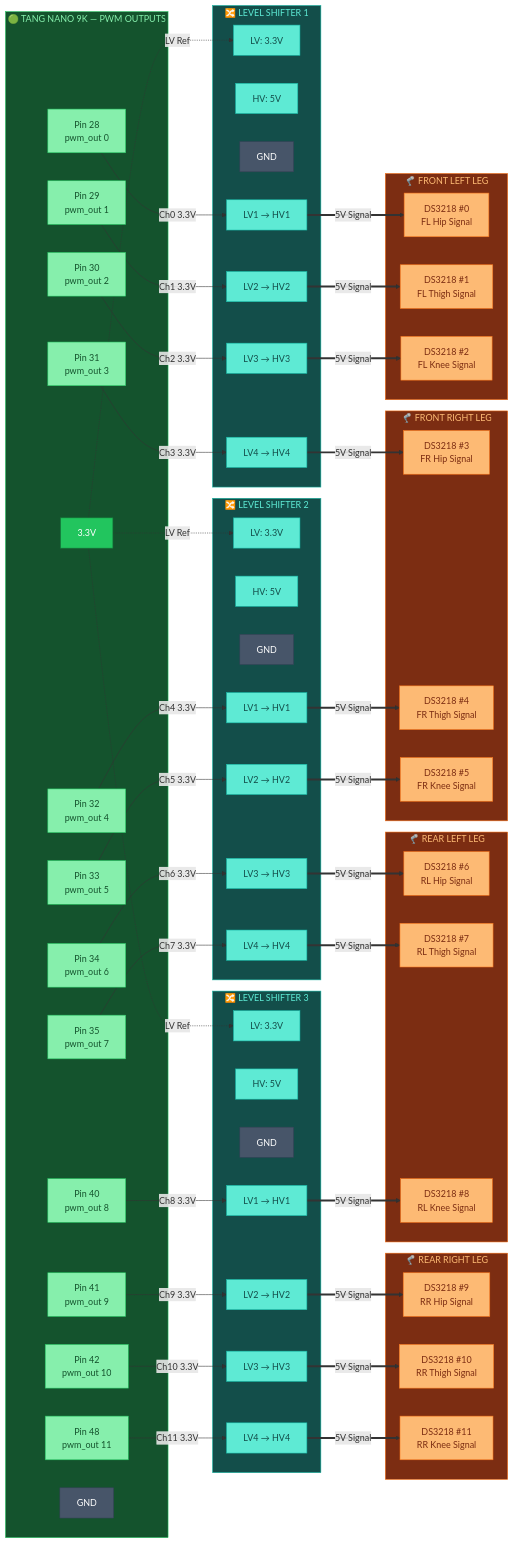
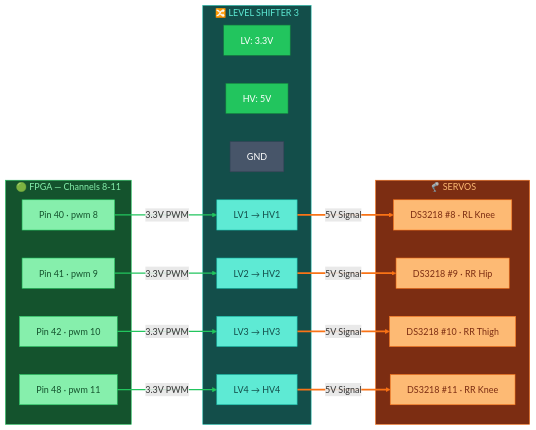
One commit to Major-Project-001/VIGIL-RQ changed the seventh of 11 diagrams in control/docs/wiring_diagram.md. Above: the diagram before and after it, drawn with Mermaid. The commit also changed other lines of this file, not shown here.

Commit message:
docs: Add color-coded linkStyle to all Mermaid connection lines

````diff
--- a/control/docs/wiring_diagram.md
+++ b/control/docs/wiring_diagram.md
@@ -345,132 +398,54 @@
 ```mermaid
 graph LR
-    classDef fpga fill:#22c55e,stroke:#15803d,color:#fff,font-weight:bold
     classDef fpgaPin fill:#86efac,stroke:#22c55e,color:#14532d
-    classDef ls fill:#14b8a6,stroke:#0f766e,color:#fff,font-weight:bold
     classDef lsPin fill:#5eead4,stroke:#14b8a6,color:#134e4a
-    classDef servo fill:#f97316,stroke:#c2410c,color:#fff,font-weight:bold
     classDef servoPin fill:#fdba74,stroke:#f97316,color:#7c2d12
     classDef vcc fill:#22c55e,stroke:#15803d,color:#fff
     classDef gnd fill:#475569,stroke:#334155,color:#fff
 
-    subgraph FPGA_PWM["🟢 TANG NANO 9K — PWM OUTPUTS"]
-        F0["Pin 28<br/>pwm_out 0"]:::fpgaPin
-        F1["Pin 29<br/>pwm_out 1"]:::fpgaPin
-        F2["Pin 30<br/>pwm_out 2"]:::fpgaPin
-        F3["Pin 31<br/>pwm_out 3"]:::fpgaPin
-        F4["Pin 32<br/>pwm_out 4"]:::fpgaPin
-        F5["Pin 33<br/>pwm_out 5"]:::fpgaPin
-        F6["Pin 34<br/>pwm_out 6"]:::fpgaPin
-        F7["Pin 35<br/>pwm_out 7"]:::fpgaPin
-        F8["Pin 40<br/>pwm_out 8"]:::fpgaPin
-        F9["Pin 41<br/>pwm_out 9"]:::fpgaPin
-        F10["Pin 42<br/>pwm_out 10"]:::fpgaPin
-        F11["Pin 48<br/>pwm_out 11"]:::fpgaPin
-        F_3V3["3.3V"]:::vcc
-        F_GND["GND"]:::gnd
+    subgraph FPGA_LS3["🟢 FPGA — Channels 8-11"]
+        F40["Pin 40 · pwm 8"]:::fpgaPin
+        F41["Pin 41 · pwm 9"]:::fpgaPin
+        F42["Pin 42 · pwm 10"]:::fpgaPin
+        F48["Pin 48 · pwm 11"]:::fpgaPin
     end
 
-    subgraph LS1["🔀 LEVEL SHIFTER 1"]
-        LS1_LV["LV: 3.3V"]:::lsPin
-        LS1_HV["HV: 5V"]:::lsPin
-        LS1_GND["GND"]:::gnd
-        LS1_A1["LV1 → HV1"]:::lsPin
-        LS1_A2["LV2 → HV2"]:::lsPin
-        LS1_A3["LV3 → HV3"]:::lsPin
-        LS1_A4["LV4 → HV4"]:::lsPin
+    subgraph LS3_BLK["🔀 LEVEL SHIFTER 3"]
+        L3_LV["LV: 3.3V"]:::vcc
+        L3_HV["HV: 5V"]:::vcc
+        L3_GND["GND"]:::gnd
+        L3_A["LV1 → HV1"]:::lsPin
+        L3_B["LV2 → HV2"]:::lsPin
+        L3_C["LV3 → HV3"]:::lsPin
+        L3_D["LV4 → HV4"]:::lsPin
     end
 
-    subgraph LS2["🔀 LEVEL SHIFTER 2"]
-        LS2_LV["LV: 3.3V"]:::lsPin
-        LS2_HV["HV: 5V"]:::lsPin
-        LS2_GND["GND"]:::gnd
-        LS2_A1["LV1 → HV1"]:::lsPin
-        LS2_A2["LV2 → HV2"]:::lsPin
-        LS2_A3["LV3 → HV3"]:::lsPin
-        LS2_A4["LV4 → HV4"]:::lsPin
+    subgraph SRV_LS3["🦿 SERVOS"]
+        S8["DS3218 #8 · RL Knee"]:::servoPin
+        S9["DS3218 #9 · RR Hip"]:::servoPin
+        S10["DS3218 #10 · RR Thigh"]:::servoPin
+        S11["DS3218 #11 · RR Knee"]:::servoPin
     end
 
-    subgraph LS3["🔀 LEVEL SHIFTER 3"]
-        LS3_LV["LV: 3.3V"]:::lsPin
-        LS3_HV["HV: 5V"]:::lsPin
-        LS3_GND["GND"]:::gnd
-        LS3_A1["LV1 → HV1"]:::lsPin
-        LS3_A2["LV2 → HV2"]:::lsPin
-        LS3_A3["LV3 → HV3"]:::lsPin
-        LS3_A4["LV4 → HV4"]:::lsPin
-    end
+    F40 -->|"3.3V PWM"| L3_A
+    F41 -->|"3.3V PWM"| L3_B
+    F42 -->|"3.3V PWM"| L3_C
+    F48 -->|"3.3V PWM"| L3_D
+    L3_A -->|"5V Signal"| S8
+    L3_B -->|"5V Signal"| S9
+    L3_C -->|"5V Signal"| S10
+    L3_D -->|"5V Signal"| S11
 
-    subgraph FL_LEG["🦿 FRONT LEFT LEG"]
-        FL_H["DS3218 #0<br/>FL Hip  Signal"]:::servoPin
-        FL_T["DS3218 #1<br/>FL Thigh  Signal"]:::servoPin
-        FL_K["DS3218 #2<br/>FL Knee  Signal"]:::servoPin
-    end
+    linkStyle 0 stroke:#22c55e,stroke-width:2px
+    linkStyle 1 stroke:#22c55e,stroke-width:2px
+    linkStyle 2 stroke:#22c55e,stroke-width:2px
+    linkStyle 3 stroke:#22c55e,stroke-width:2px
+    linkStyle 4 stroke:#f97316,stroke-width:3px
+    linkStyle 5 stroke:#f97316,stroke-width:3px
+    linkStyle 6 stroke:#f97316,stroke-width:3px
+    linkStyle 7 stroke:#f97316,stroke-width:3px
 
-    subgraph FR_LEG["🦿 FRONT RIGHT LEG"]
-        FR_H["DS3218 #3<br/>FR Hip  Signal"]:::servoPin
-        FR_T["DS3218 #4<br/>FR Thigh  Signal"]:::servoPin
-        FR_K["DS3218 #5<br/>FR Knee  Signal"]:::servoPin
-    end
-
-    subgraph RL_LEG["🦿 REAR LEFT LEG"]
-        RL_H["DS3218 #6<br/>RL Hip  Signal"]:::servoPin
-        RL_T["DS3218 #7<br/>RL Thigh  Signal"]:::servoPin
-        RL_K["DS3218 #8<br/>RL Knee  Signal"]:::servoPin
-    end
-
-    subgraph RR_LEG["🦿 REAR RIGHT LEG"]
-        RR_H["DS3218 #9<br/>RR Hip  Signal"]:::servoPin
-        RR_T["DS3218 #10<br/>RR Thigh  Signal"]:::servoPin
-        RR_K["DS3218 #11<br/>RR Knee  Signal"]:::servoPin
-    end
-
-    %% FPGA → LS1 (Ch 0-3)
-    F0 -->|"Ch0 3.3V"| LS1_A1
-    F1 -->|"Ch1 3.3V"| LS1_A2
-    F2 -->|"Ch2 3.3V"| LS1_A3
-    F3 -->|"Ch3 3.3V"| LS1_A4
-
-    %% FPGA → LS2 (Ch 4-7)
-    F4 -->|"Ch4 3.3V"| LS2_A1
-    F5 -->|"Ch5 3.3V"| LS2_A2
-    F6 -->|"Ch6 3.3V"| LS2_A3
-    F7 -->|"Ch7 3.3V"| LS2_A4
-
-    %% FPGA → LS3 (Ch 8-11)
-    F8 -->|"Ch8 3.3V"| LS3_A1
-    F9 -->|"Ch9 3.3V"| LS3_A2
-    F10 -->|"Ch10 3.3V"| LS3_A3
-    F11 -->|"Ch11 3.3V"| LS3_A4
-
-    %% LS1 → Servos (5V side)
-    LS1_A1 ==>|"5V Signal"| FL_H
-    LS1_A2 ==>|"5V Signal"| FL_T
-    LS1_A3 ==>|"5V Signal"| FL_K
-    LS1_A4 ==>|"5V Signal"| FR_H
-
-    %% LS2 → Servos
-    LS2_A1 ==>|"5V Signal"| FR_T
-    LS2_A2 ==>|"5V Signal"| FR_K
-    LS2_A3 ==>|"5V Signal"| RL_H
-    LS2_A4 ==>|"5V Signal"| RL_T
-
-    %% LS3 → Servos
-    LS3_A1 ==>|"5V Signal"| RL_K
-    LS3_A2 ==>|"5V Signal"| RR_H
-    LS3_A3 ==>|"5V Signal"| RR_T
-    LS3_A4 ==>|"5V Signal"| RR_K
-
-    %% Level shifter power
-    F_3V3 -.->|"LV Ref"| LS1_LV
-    F_3V3 -.->|"LV Ref"| LS2_LV
-    F_3V3 -.->|"LV Ref"| LS3_LV
-
-    style FPGA_PWM fill:#14532d,stroke:#22c55e,color:#86efac
-    style LS1 fill:#134e4a,stroke:#14b8a6,color:#5eead4
-    style LS2 fill:#134e4a,stroke:#14b8a6,color:#5eead4
-    style LS3 fill:#134e4a,stroke:#14b8a6,color:#5eead4
-    style FL_LEG fill:#7c2d12,stroke:#f97316,color:#fdba74
-    style FR_LEG fill:#7c2d12,stroke:#f97316,color:#fdba74
-    style RL_LEG fill:#7c2d12,stroke:#f97316,color:#fdba74
-    style RR_LEG fill:#7c2d12,stroke:#f97316,color:#fdba74
+    style FPGA_LS3 fill:#14532d,stroke:#22c55e,color:#86efac
+    style LS3_BLK fill:#134e4a,stroke:#14b8a6,color:#5eead4
+    style SRV_LS3 fill:#7c2d12,stroke:#f97316,color:#fdba74
 ```
````
